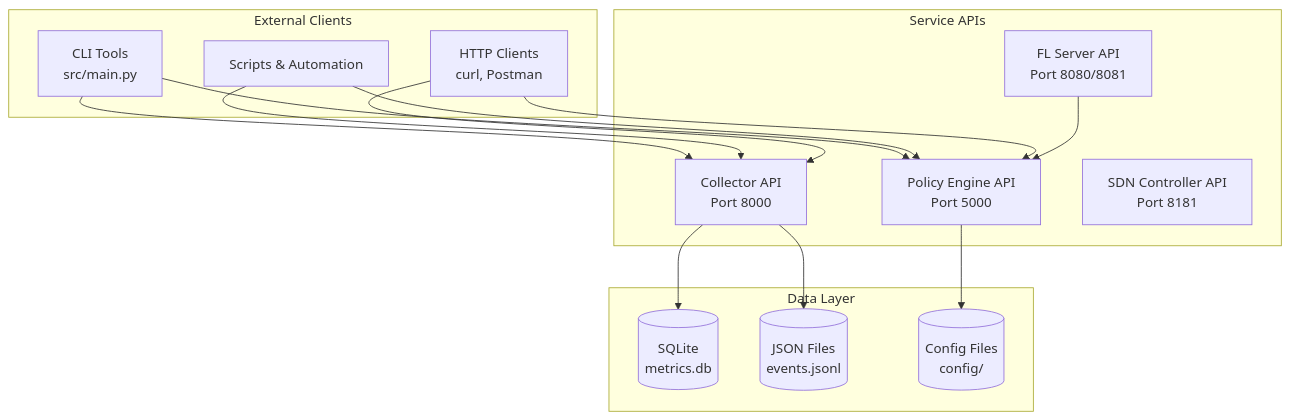
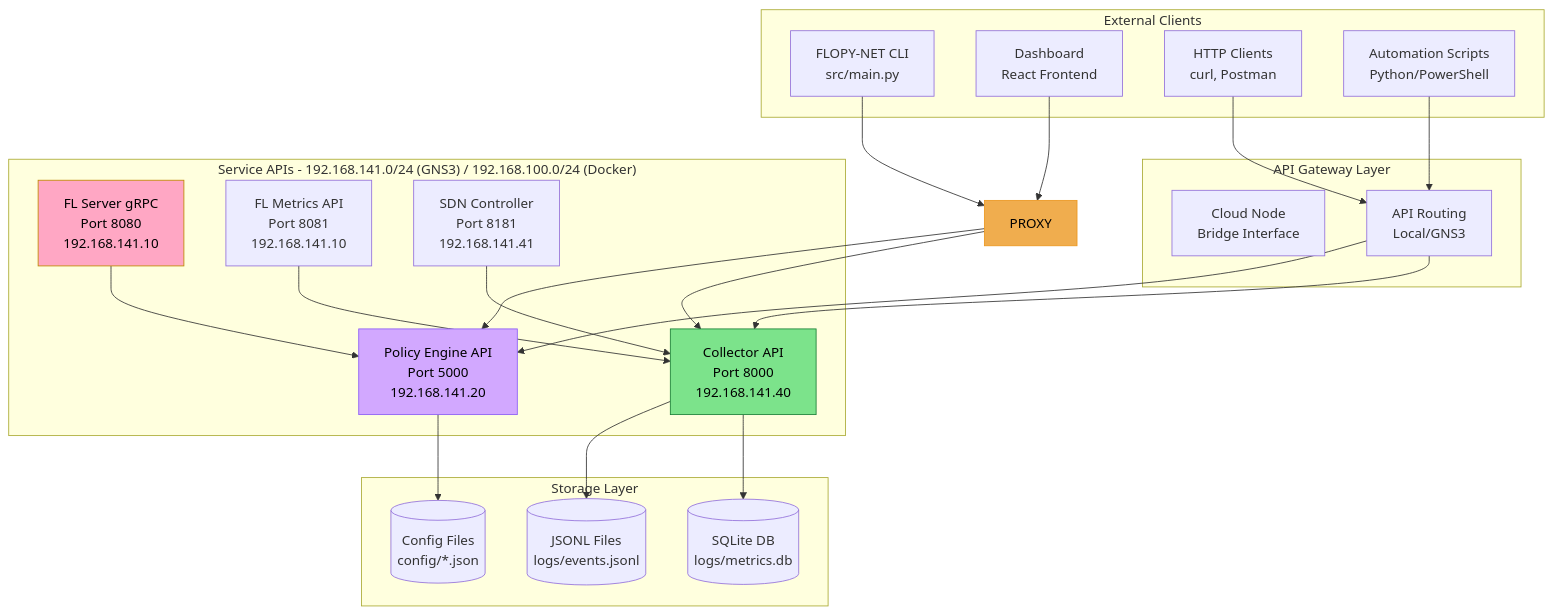
Before and after one commit to abdulmeLINK/flopy-net: the diagram in docs/docs/api/overview.md, drawn with Mermaid. The commit also changed other lines of this file and 42 other files, not shown here.

````diff
--- a/docs/docs/api/overview.md
+++ b/docs/docs/api/overview.md
@@ -7,34 +9,49 @@
 ```mermaid
 graph TB
     subgraph "External Clients"
-        CLI[CLI Tools<br/>src/main.py]
-        Script[Scripts & Automation]
-        Curl[HTTP Clients<br/>curl, Postman]
+        CLI[FLOPY-NET CLI<br/>src/main.py]
+        DASH[Dashboard<br/>React Frontend]
+        CURL[HTTP Clients<br/>curl, Postman]
+        SCRIPT[Automation Scripts<br/>Python/PowerShell]
+    end
+      subgraph "API Gateway Layer"
+        CLOUD[Cloud Node<br/>Bridge Interface]
+        ROUTES[API Routing<br/>Local/GNS3]
     end
     
-    subgraph "Service APIs"
-        PolicyEngine[Policy Engine API<br/>Port 5000]
-        Collector[Collector API<br/>Port 8000]
-        FLServer[FL Server API<br/>Port 8080/8081]
-        SDN[SDN Controller API<br/>Port 8181]
+    subgraph "Service APIs - 192.168.141.0/24 (GNS3) / 192.168.100.0/24 (Docker)"
+        PE[Policy Engine API<br/>Port 5000<br/>192.168.141.20]
+        COL[Collector API<br/>Port 8000<br/>192.168.141.40]
+        FL[FL Server gRPC<br/>Port 8080<br/>192.168.141.10]
+        FLM[FL Metrics API<br/>Port 8081<br/>192.168.141.10]
+        SDN[SDN Controller<br/>Port 8181<br/>192.168.141.41]
     end
     
-    subgraph "Data Layer"
-        SQLite[(SQLite<br/>metrics.db)]
-        JSON[(JSON Files<br/>events.jsonl)]
-        Config[(Config Files<br/>config/)]
+    subgraph "Storage Layer"
+        JSONL[(JSONL Files<br/>logs/events.jsonl)]
+        SQLITE[(SQLite DB<br/>logs/metrics.db)]
+        FILES[(Config Files<br/>config/*.json)]
     end
     
-    CLI --> PolicyEngine
-    Script --> PolicyEngine
-    Curl --> PolicyEngine
+    CLI --> PROXY
+    DASH --> PROXY
+    CURL --> ROUTES
+    SCRIPT --> ROUTES
     
-    CLI --> Collector
-    Script --> Collector
-    Curl --> Collector
+    PROXY --> PE
+    PROXY --> COL
+    ROUTES --> PE
+    ROUTES --> COL
     
-    PolicyEngine --> Config
-    Collector --> SQLite
-    Collector --> JSON
-    FLServer --> PolicyEngine
+    PE --> FILES
+    COL --> JSONL
+    COL --> SQLITE
+    FL --> PE
+    FLM --> COL
+    SDN --> COL
+    
+    style PE fill:#d2a8ff,stroke:#8b5cf6,color:#000
+    style COL fill:#7ce38b,stroke:#1a7f37,color:#000
+    style FL fill:#ffa7c4,stroke:#bf8700,color:#000
+    style PROXY fill:#f0ad4e,stroke:#ec971f,color:#000
 ```
````
